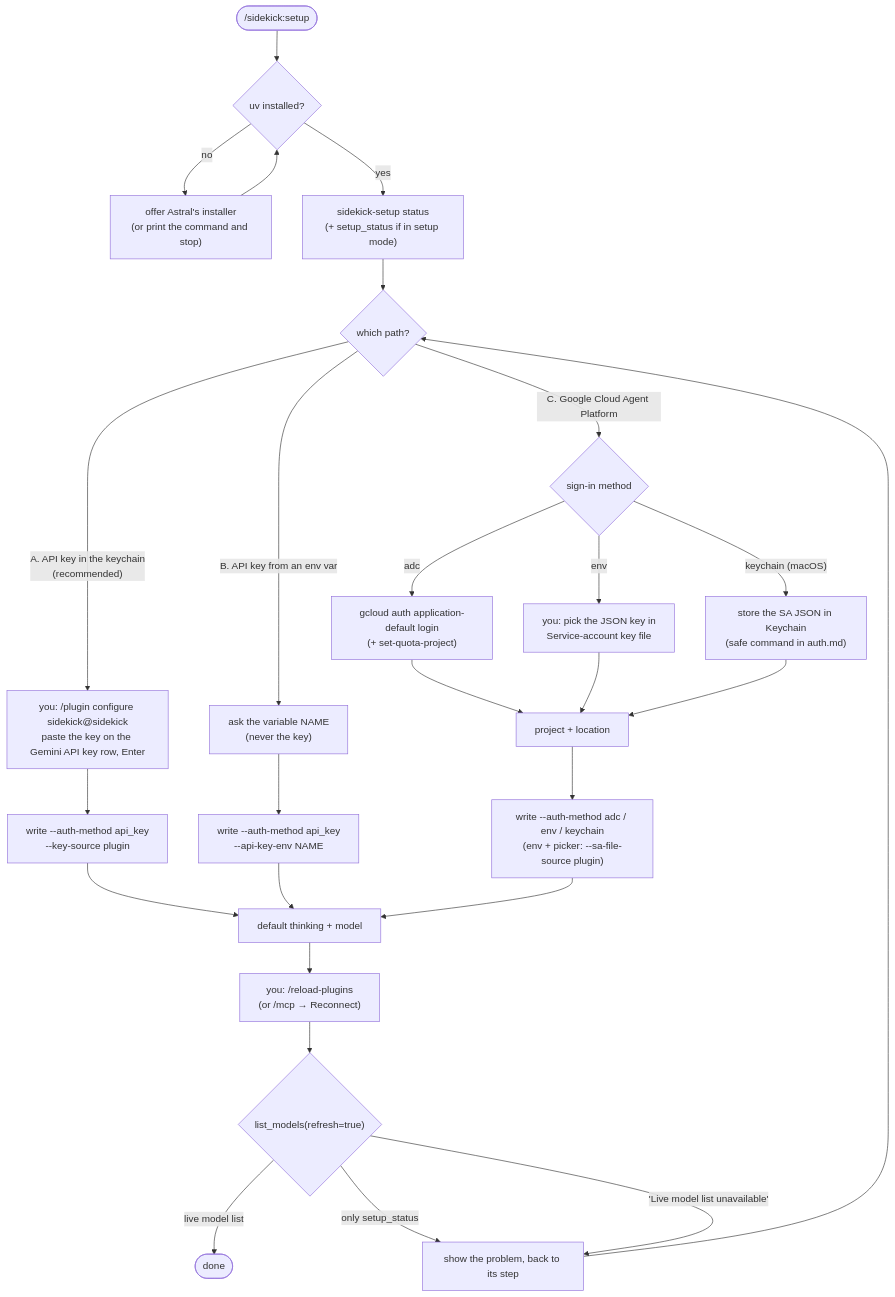
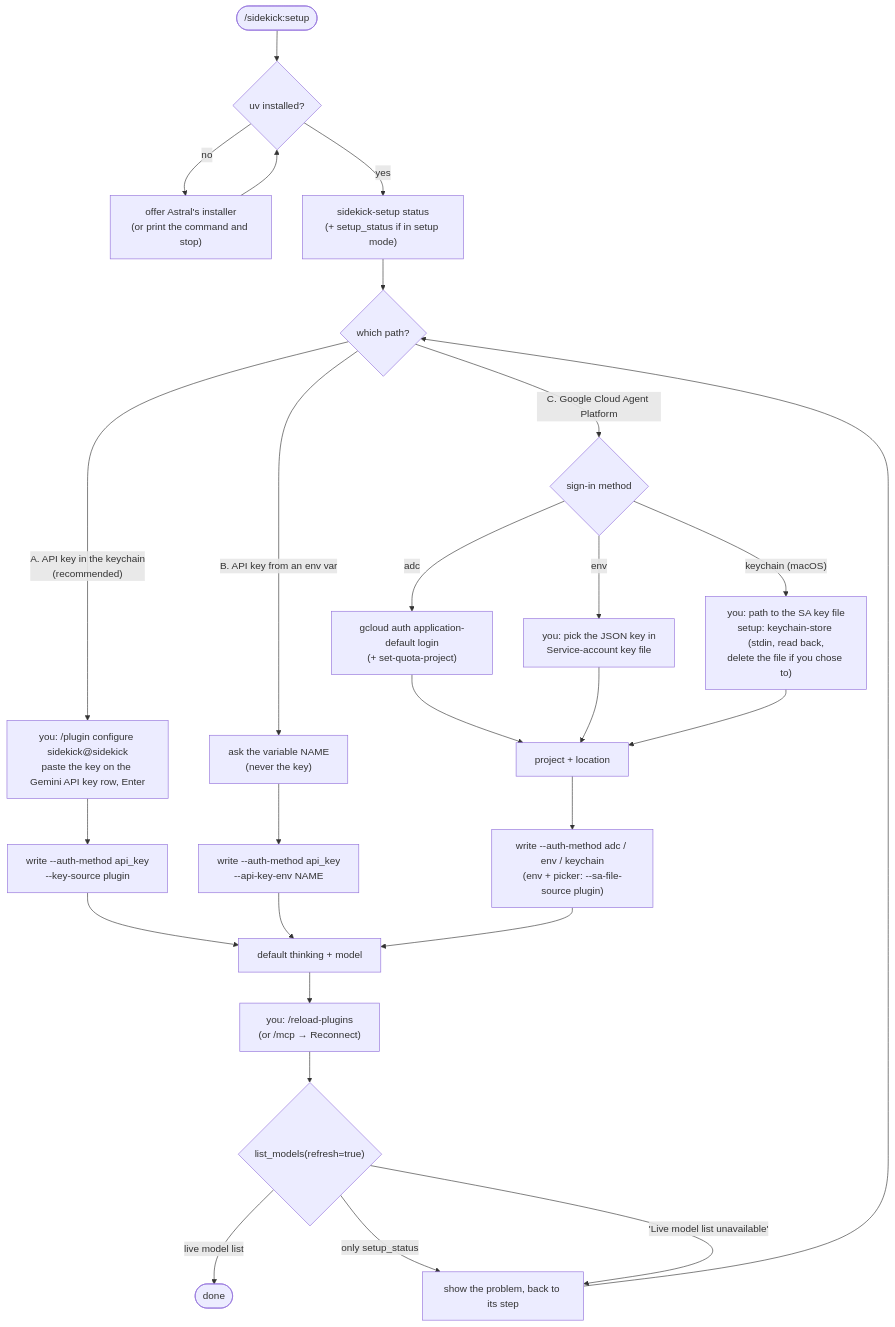
Before and after one commit to FlintAndFilament/sidekick: the diagram in docs/diagrams/setup-flow.mermaid, drawn with Mermaid. The commit also changed 7 other files, not shown here.

First line of the commit message:
feat(setup): store a service account in the macOS Keychain, closes #123

```diff
--- a/docs/diagrams/setup-flow.mermaid
+++ b/docs/diagrams/setup-flow.mermaid
@@ -1,31 +1,31 @@
 flowchart TD
     RUN(["/sidekick:setup"]) --> UV{"uv installed?"}
     UV -->|no| UVI["offer Astral's installer<br/>(or print the command and stop)"]
     UVI --> UV
     UV -->|yes| ST["sidekick-setup status<br/>(+ setup_status if in setup mode)"]
     ST --> PATH{"which path?"}
 
     PATH -->|"A. API key in the keychain<br/>(recommended)"| A1["you: /plugin configure sidekick@sidekick<br/>paste the key on the Gemini API key row, Enter"]
     A1 --> A2["write --auth-method api_key<br/>--key-source plugin"]
 
     PATH -->|"B. API key from an env var"| B1["ask the variable NAME<br/>(never the key)"]
     B1 --> B2["write --auth-method api_key<br/>--api-key-env NAME"]
 
     PATH -->|"C. Google Cloud Agent Platform"| C0{"sign-in method"}
     C0 -->|adc| C1["gcloud auth application-default login<br/>(+ set-quota-project)"]
     C0 -->|env| C2["you: pick the JSON key in<br/>Service-account key file"]
-    C0 -->|"keychain (macOS)"| C3["store the SA JSON in Keychain<br/>(safe command in auth.md)"]
+    C0 -->|"keychain (macOS)"| C3["you: path to the SA key file<br/>setup: keychain-store (stdin, read back,<br/>delete the file if you chose to)"]
     C1 --> C4["project + location"]
     C2 --> C4
     C3 --> C4
     C4 --> C5["write --auth-method adc / env / keychain<br/>(env + picker: --sa-file-source plugin)"]
 
     A2 --> DEF["default thinking + model"]
     B2 --> DEF
     C5 --> DEF
     DEF --> RL["you: /reload-plugins<br/>(or /mcp → Reconnect)"]
     RL --> V{"list_models(refresh=true)"}
     V -->|"live model list"| OK(["done"])
     V -->|"only setup_status"| FIX["show the problem, back to its step"]
     V -->|"'Live model list unavailable'"| FIX
     FIX --> PATH
```
